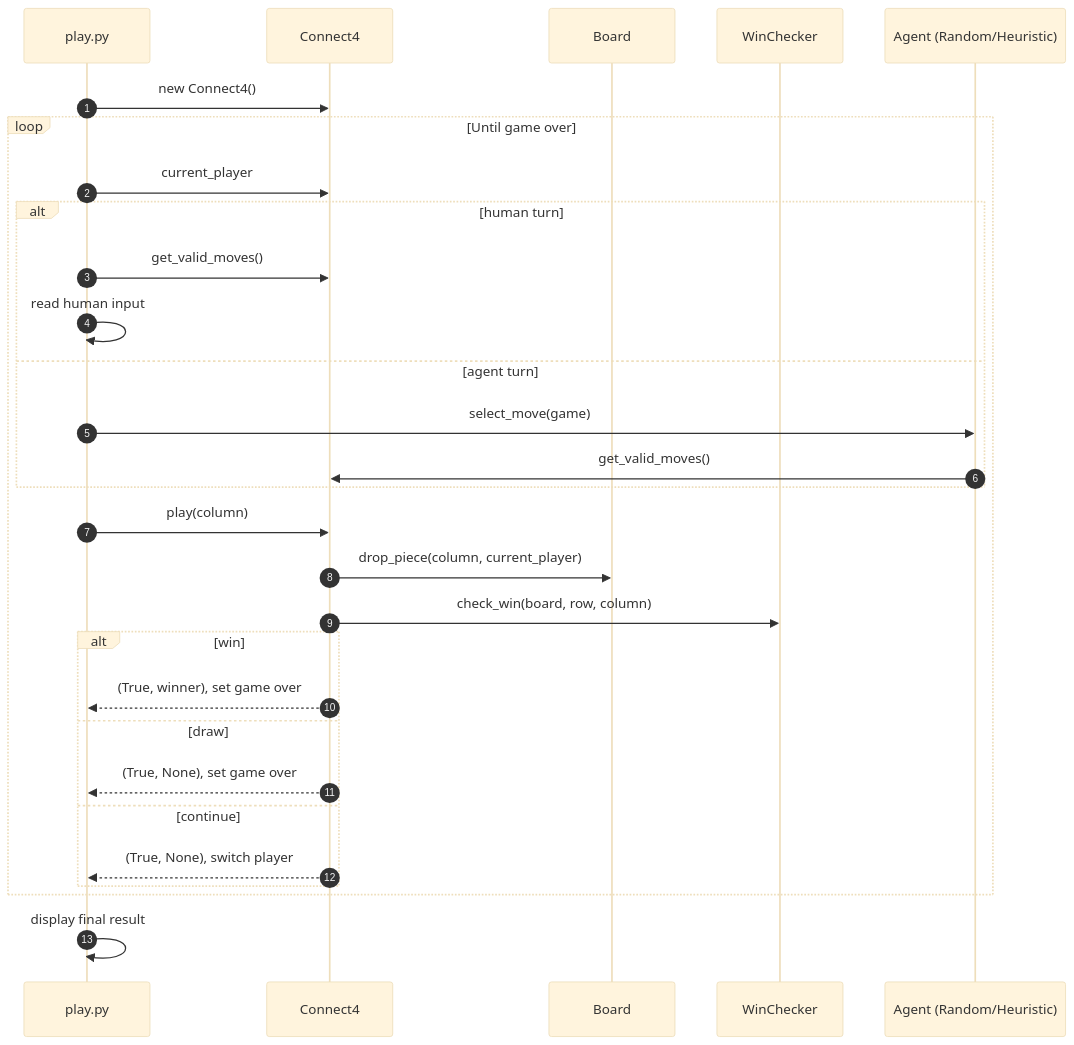
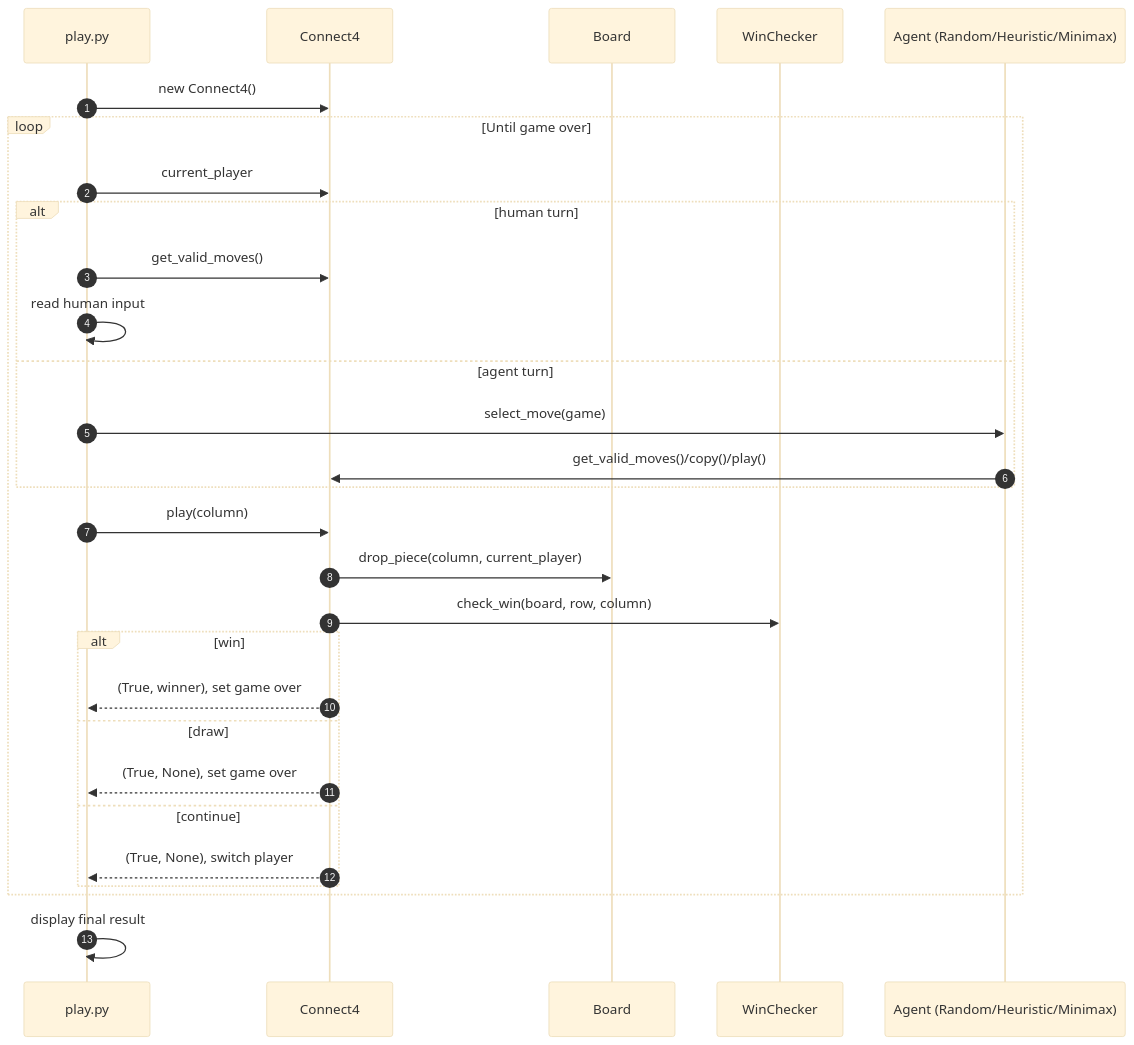
The diagram in doc/ai/gameplay-sequence.md (javiercancela/connect-4), drawn with Mermaid (base theme) before and after one commit. The commit also changed 8 other files, not shown here.

````diff
--- a/doc/ai/gameplay-sequence.md
+++ b/doc/ai/gameplay-sequence.md
@@ -5,32 +5,32 @@
 ```mermaid
 sequenceDiagram
     autonumber
     participant UI as play.py
     participant Game as Connect4
     participant Board as Board
     participant Win as WinChecker
-    participant Agent as Agent (Random/Heuristic)
+    participant Agent as Agent (Random/Heuristic/Minimax)
 
     UI->>Game: new Connect4()
     loop Until game over
         UI->>Game: current_player
         alt human turn
             UI->>Game: get_valid_moves()
             UI->>UI: read human input
         else agent turn
             UI->>Agent: select_move(game)
-            Agent->>Game: get_valid_moves()
+            Agent->>Game: get_valid_moves()/copy()/play()
         end
         UI->>Game: play(column)
         Game->>Board: drop_piece(column, current_player)
         Game->>Win: check_win(board, row, column)
         alt win
             Game-->>UI: (True, winner), set game over
         else draw
             Game-->>UI: (True, None), set game over
         else continue
             Game-->>UI: (True, None), switch player
         end
     end
     UI->>UI: display final result
 ```
````
